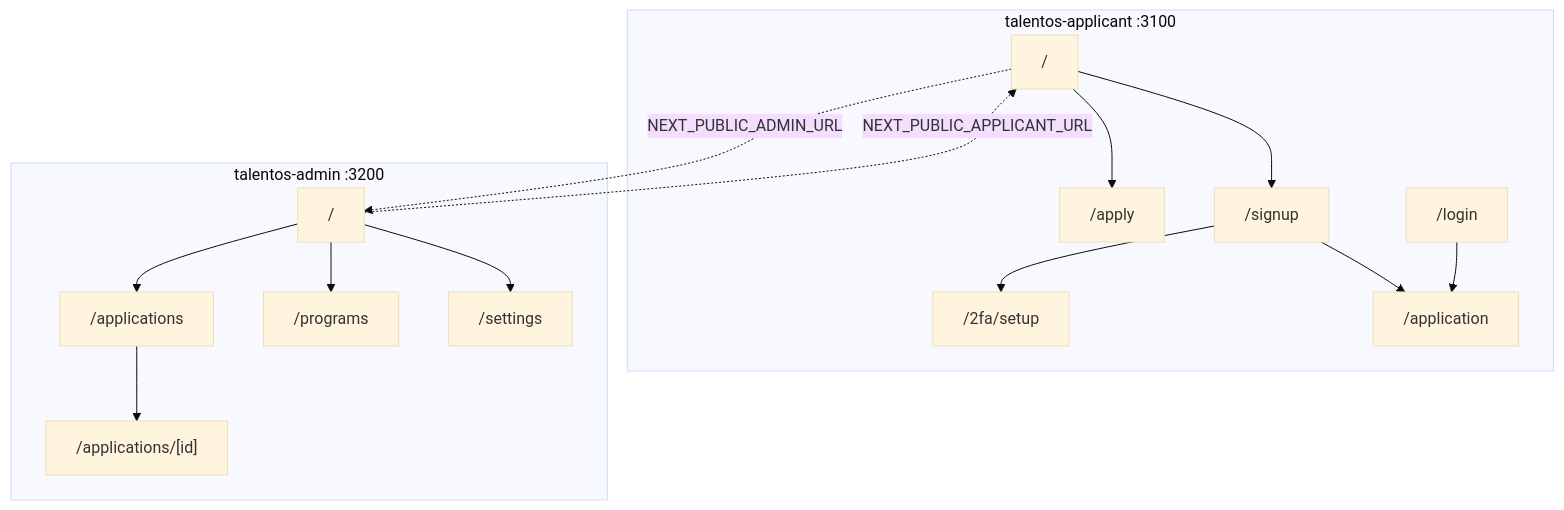
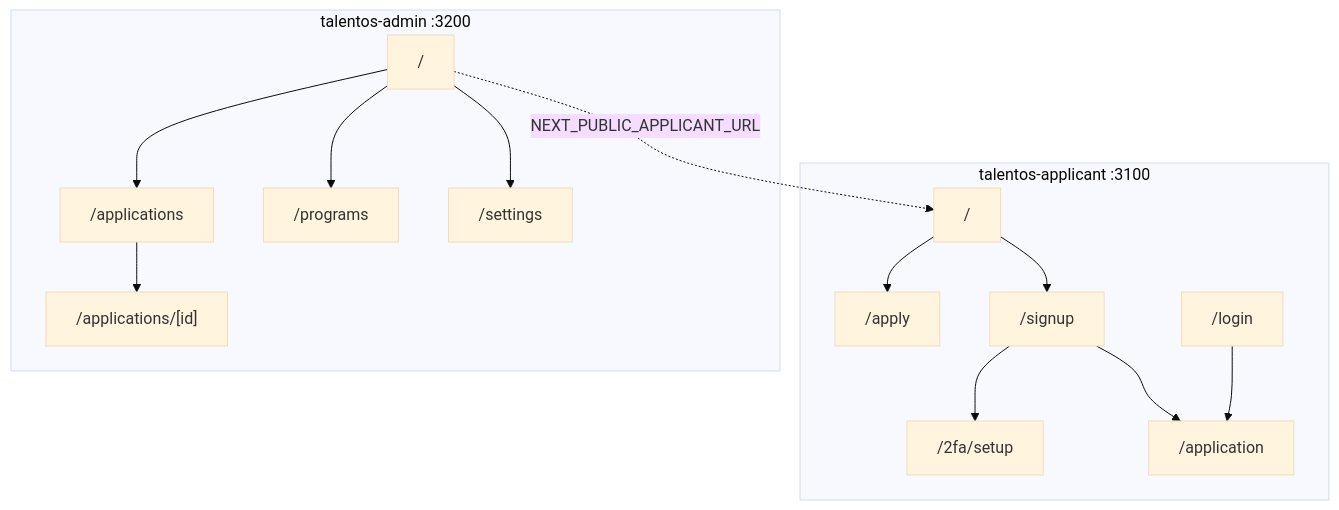
Before and after one commit to karimjindani/talentOS: the third of 3 diagrams in docs/Architecture.md, drawn with Mermaid (base theme). The commit also changed other lines of this file and 8 other files, not shown here.

````diff
--- a/docs/Architecture.md
+++ b/docs/Architecture.md
@@ -79,18 +79,17 @@
 ```mermaid
 flowchart TD
     subgraph Applicant["talentos-applicant :3100"]
       Landing["/"] --> Apply["/apply"]
       Landing --> Signup["/signup"]
       Signup --> TwoFA["/2fa/setup"]
       Signup --> Application["/application"]
       Login["/login"] --> Application
     end
     subgraph AdminC["talentos-admin :3200"]
       AdminHome["/"] --> Applications["/applications"]
       Applications --> Detail["/applications/[id]"]
       AdminHome --> Programs["/programs"]
       AdminHome --> Settings["/settings"]
     end
-    Landing -. NEXT_PUBLIC_ADMIN_URL .-> AdminHome
     AdminHome -. NEXT_PUBLIC_APPLICANT_URL .-> Landing
 ```
````
